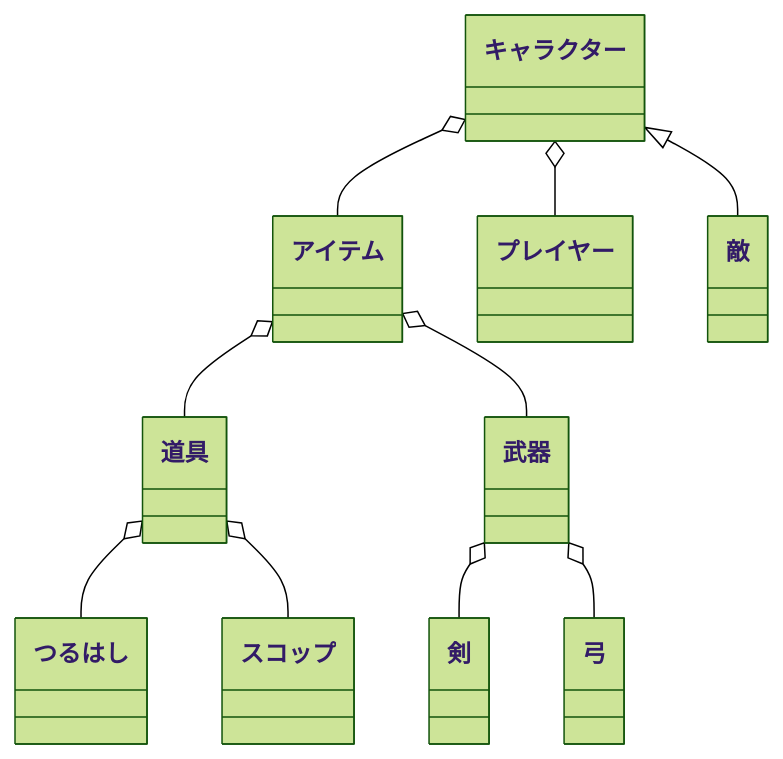
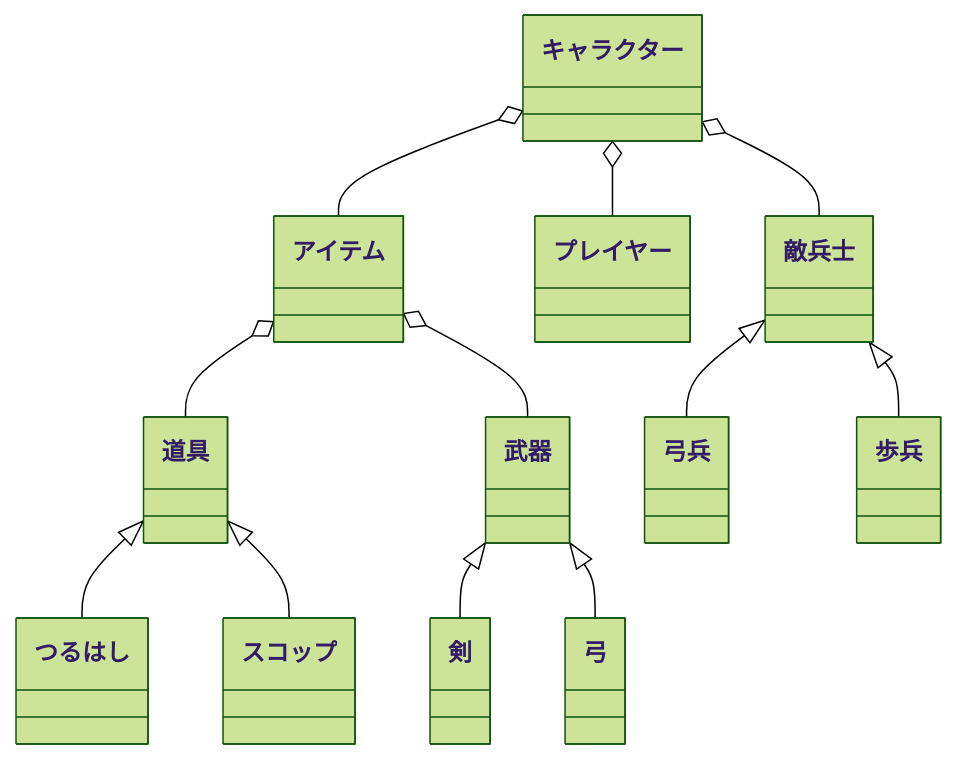
One commit to tpu-game-2023/mermaid_test changed the third of 3 diagrams in README.md. Above: the diagram before and after it, drawn with Mermaid (forest theme).

````diff
--- a/README.md
+++ b/README.md
@@ -61,12 +61,15 @@
 ```mermaid
 classDiagram
     キャラクター o-- アイテム
     アイテム o-- 道具
     アイテム o-- 武器
-    武器 o-- 剣
-    武器 o-- 弓
-    道具 o-- つるはし
-    道具 o-- スコップ
+    武器 <|-- 剣
+    武器 <|-- 弓
+    道具 <|-- つるはし
+    道具 <|-- スコップ
     キャラクター o-- プレイヤー
-    キャラクター　<|-- 敵
+    キャラクター　o-- 敵兵士
+    敵兵士 <|-- 弓兵
+    敵兵士 <|-- 歩兵
+    
 ```
````
